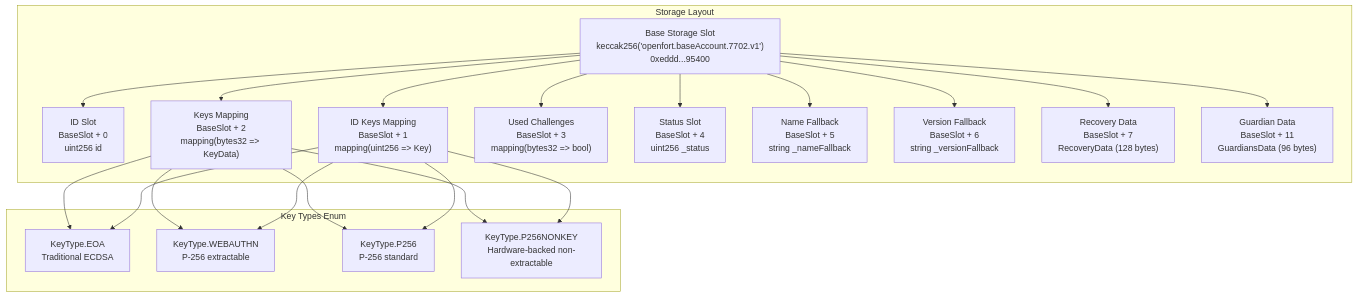
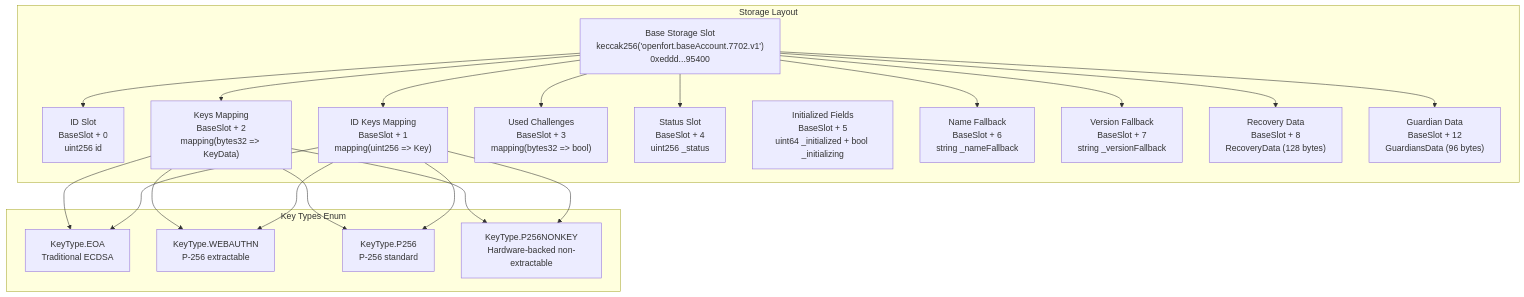
The second of 3 diagrams in docs/Architecture.md (openfort-xyz/openfort-7702-account), drawn with Mermaid before and after one commit. The commit also changed other lines of this file and 1 other file, not shown here.

Commit message:
(fix) Architecture.md

````diff
--- a/docs/Architecture.md
+++ b/docs/Architecture.md
@@ -319,45 +317,46 @@
 ```mermaid
 flowchart TD
     subgraph "Storage Layout"
         BaseSlot["Base Storage Slot<br/>keccak256('openfort.baseAccount.7702.v1')<br/>0xeddd...95400"]
         
         IdSlot["ID Slot<br/>BaseSlot + 0<br/>uint256 id"]
         IdKeysSlot["ID Keys Mapping<br/>BaseSlot + 1<br/>mapping(uint256 => Key)"]
         KeysSlot["Keys Mapping<br/>BaseSlot + 2<br/>mapping(bytes32 => KeyData)"]
         ChallengesSlot["Used Challenges<br/>BaseSlot + 3<br/>mapping(bytes32 => bool)"]
         StatusSlot["Status Slot<br/>BaseSlot + 4<br/>uint256 _status"]
-        NameSlot["Name Fallback<br/>BaseSlot + 5<br/>string _nameFallback"]
-        VersionSlot["Version Fallback<br/>BaseSlot + 6<br/>string _versionFallback"]
-        RecoverySlot["Recovery Data<br/>BaseSlot + 7<br/>RecoveryData (128 bytes)"]
-        GuardianSlot["Guardian Data<br/>BaseSlot + 11<br/>GuardiansData (96 bytes)"]
+        InitializedSlot["Initialized Fields<br/>BaseSlot + 5<br/>uint64 _initialized + bool _initializing"]
+        NameSlot["Name Fallback<br/>BaseSlot + 6<br/>string _nameFallback"]
+        VersionSlot["Version Fallback<br/>BaseSlot + 7<br/>string _versionFallback"]
+        RecoverySlot["Recovery Data<br/>BaseSlot + 8<br/>RecoveryData (128 bytes)"]
+        GuardianSlot["Guardian Data<br/>BaseSlot + 12<br/>GuardiansData (96 bytes)"]
     end
     
     subgraph "Key Types Enum"
         EOAType["KeyType.EOA<br/>Traditional ECDSA"]
         WebAuthnType["KeyType.WEBAUTHN<br/>P-256 extractable"]
         P256Type["KeyType.P256<br/>P-256 standard"]
         P256NonKeyType["KeyType.P256NONKEY<br/>Hardware-backed non-extractable"]
     end
 
     %% Storage slot connections
     BaseSlot --> IdSlot
     BaseSlot --> IdKeysSlot
     BaseSlot --> KeysSlot
     BaseSlot --> ChallengesSlot
     BaseSlot --> StatusSlot
     BaseSlot --> NameSlot
     BaseSlot --> VersionSlot
     BaseSlot --> RecoverySlot
     BaseSlot --> GuardianSlot
     
     %% Key mappings to key types
     KeysSlot --> EOAType
     KeysSlot --> WebAuthnType
     KeysSlot --> P256Type
     KeysSlot --> P256NonKeyType
     
     IdKeysSlot --> EOAType
     IdKeysSlot --> WebAuthnType
     IdKeysSlot --> P256Type
     IdKeysSlot --> P256NonKeyType
 ```
````
